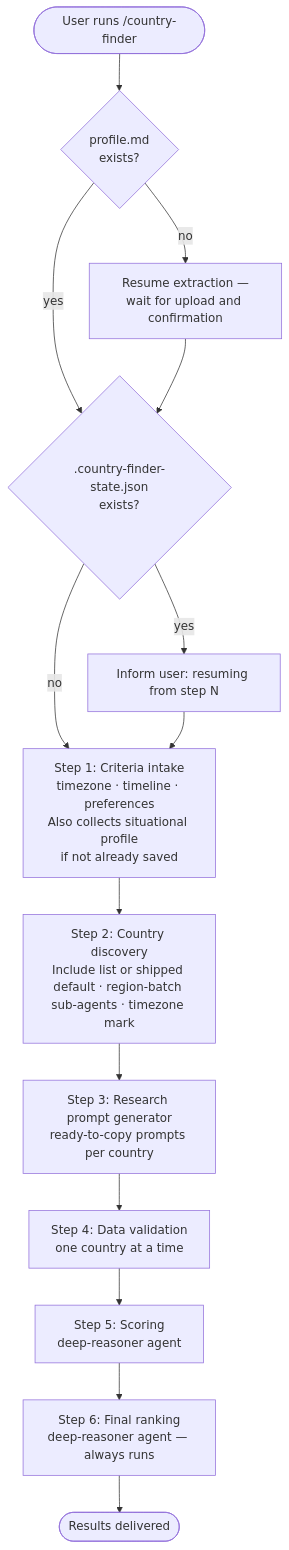
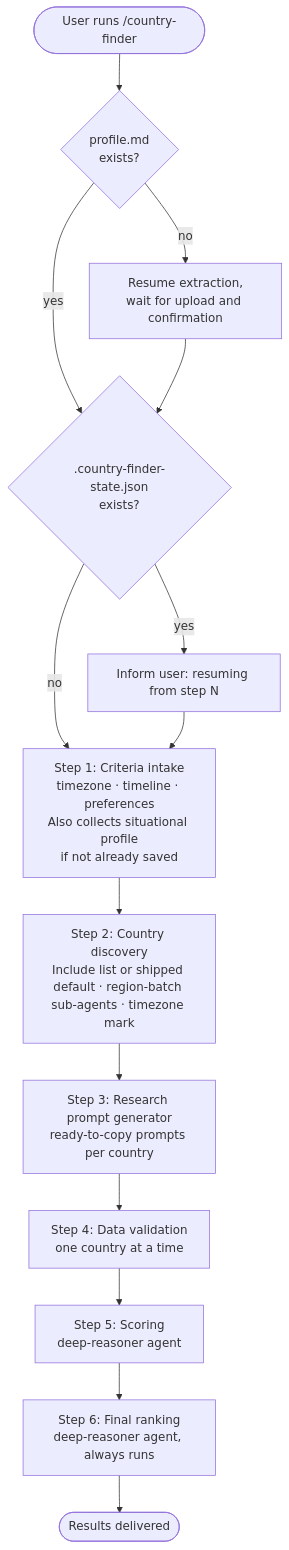
The diagram in docs/commands/country-finder.md (myowinthein/agent-compass), drawn with Mermaid before and after one commit. The commit also changed other lines of this file and 19 other files, not shown here.

````diff
--- a/docs/commands/country-finder.md
+++ b/docs/commands/country-finder.md
@@ -22,19 +22,19 @@
 ```mermaid
 flowchart TD
   Start([User runs /country-finder]) --> Profile{profile.md\nexists?}
-  Profile -->|no| Extract[Resume extraction —\nwait for upload and confirmation]
+  Profile -->|no| Extract[Resume extraction,\nwait for upload and confirmation]
   Profile -->|yes| State
   Extract --> State
 
   State{.country-finder-state.json\nexists?} -->|yes| Resume[Inform user: resuming from step N]
   State -->|no| S1
   Resume --> S1
 
   S1[Step 1: Criteria intake\ntimezone · timeline · preferences\nAlso collects situational profile\nif not already saved] --> S2
   S2[Step 2: Country discovery\nInclude list or shipped default · region-batch sub-agents · timezone mark] --> S3
   S3[Step 3: Research prompt generator\nready-to-copy prompts per country] --> S4
   S4[Step 4: Data validation\none country at a time] --> S5
   S5[Step 5: Scoring\ndeep-reasoner agent] --> S6
-  S6[Step 6: Final ranking\ndeep-reasoner agent — always runs]
+  S6[Step 6: Final ranking\ndeep-reasoner agent, always runs]
   S6 --> Done([Results delivered])
 ```
````
